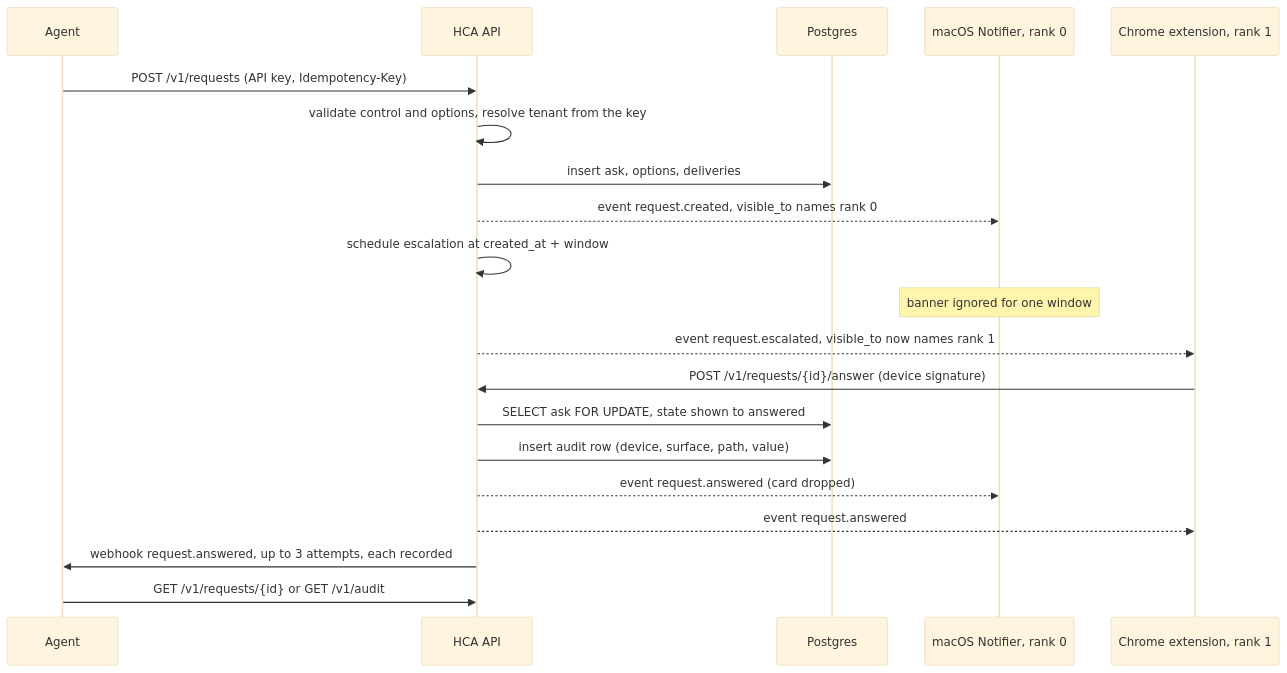
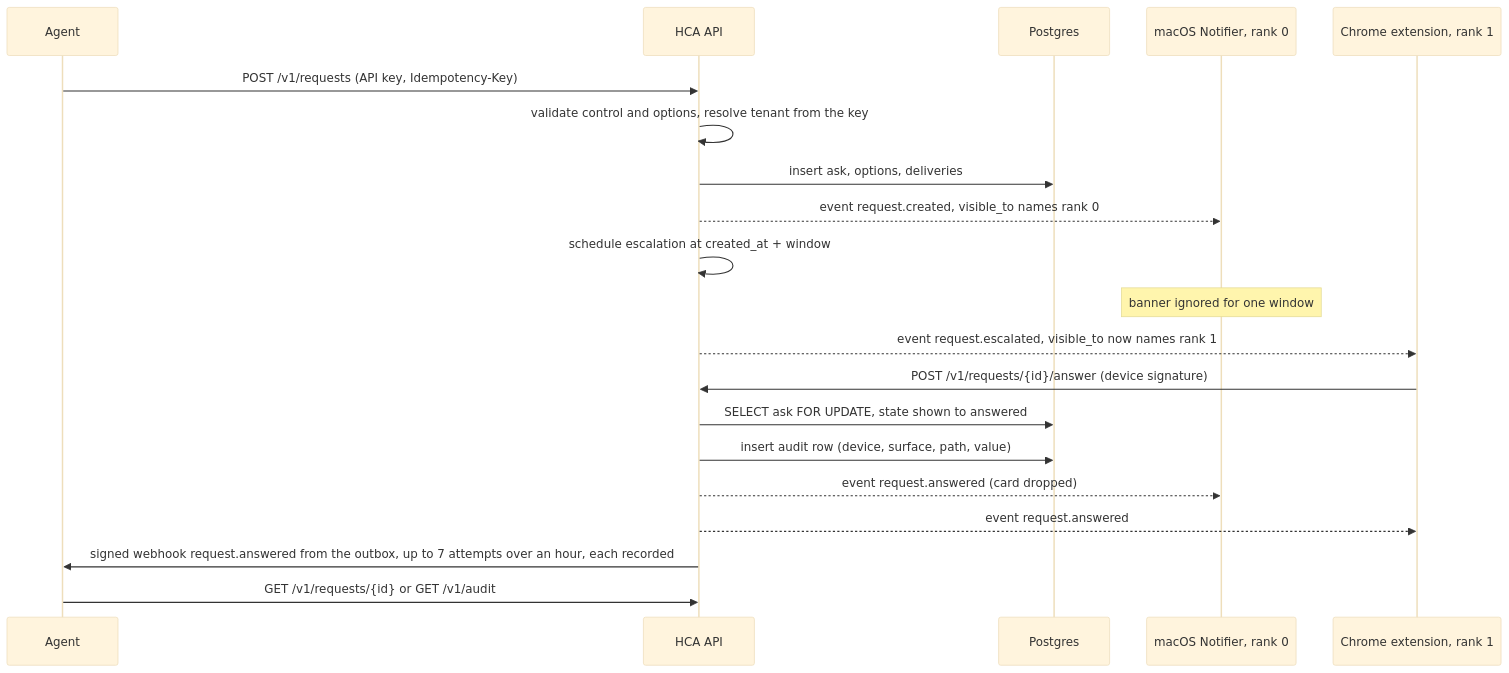
The second of 2 diagrams in docs/ARCHITECTURE.md (Alternative-Spaces-Inc/HCommAgent), drawn with Mermaid (base theme) before and after one commit. The commit also changed other lines of this file and 5 other files, not shown here.

Commit message:
P21a Day 3: docs/webhooks.md receiver contract, architecture and README updates, Day 2 deploy record

````diff
--- a/docs/ARCHITECTURE.md
+++ b/docs/ARCHITECTURE.md
@@ -27,22 +27,22 @@
 ```mermaid
 sequenceDiagram
     participant A as Agent
     participant S as HCA API
     participant D as Postgres
     participant M as macOS Notifier, rank 0
     participant C as Chrome extension, rank 1
     A->>S: POST /v1/requests (API key, Idempotency-Key)
     S->>S: validate control and options, resolve tenant from the key
     S->>D: insert ask, options, deliveries
     S-->>M: event request.created, visible_to names rank 0
     S->>S: schedule escalation at created_at + window
     Note over M: banner ignored for one window
     S-->>C: event request.escalated, visible_to now names rank 1
     C->>S: POST /v1/requests/{id}/answer (device signature)
     S->>D: SELECT ask FOR UPDATE, state shown to answered
     S->>D: insert audit row (device, surface, path, value)
     S-->>M: event request.answered (card dropped)
     S-->>C: event request.answered
-    S->>A: webhook request.answered, up to 3 attempts, each recorded
+    S->>A: signed webhook request.answered from the outbox, up to 7 attempts over an hour, each recorded
     A->>S: GET /v1/requests/{id} or GET /v1/audit
 ```
````
